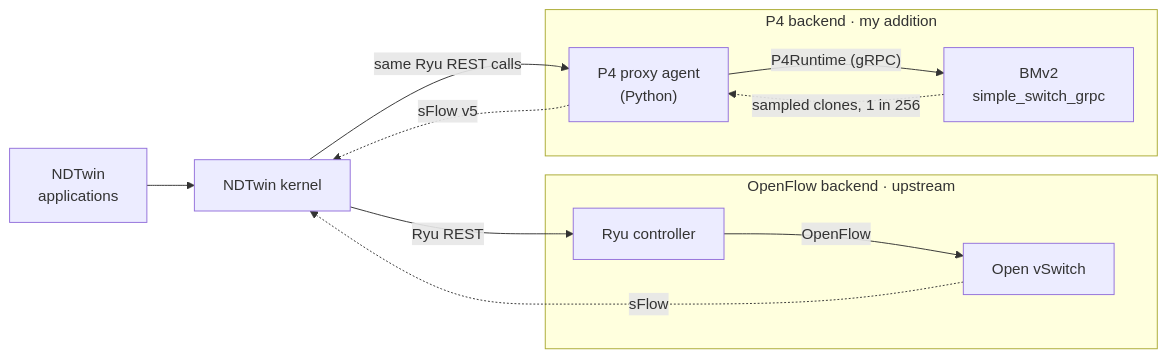
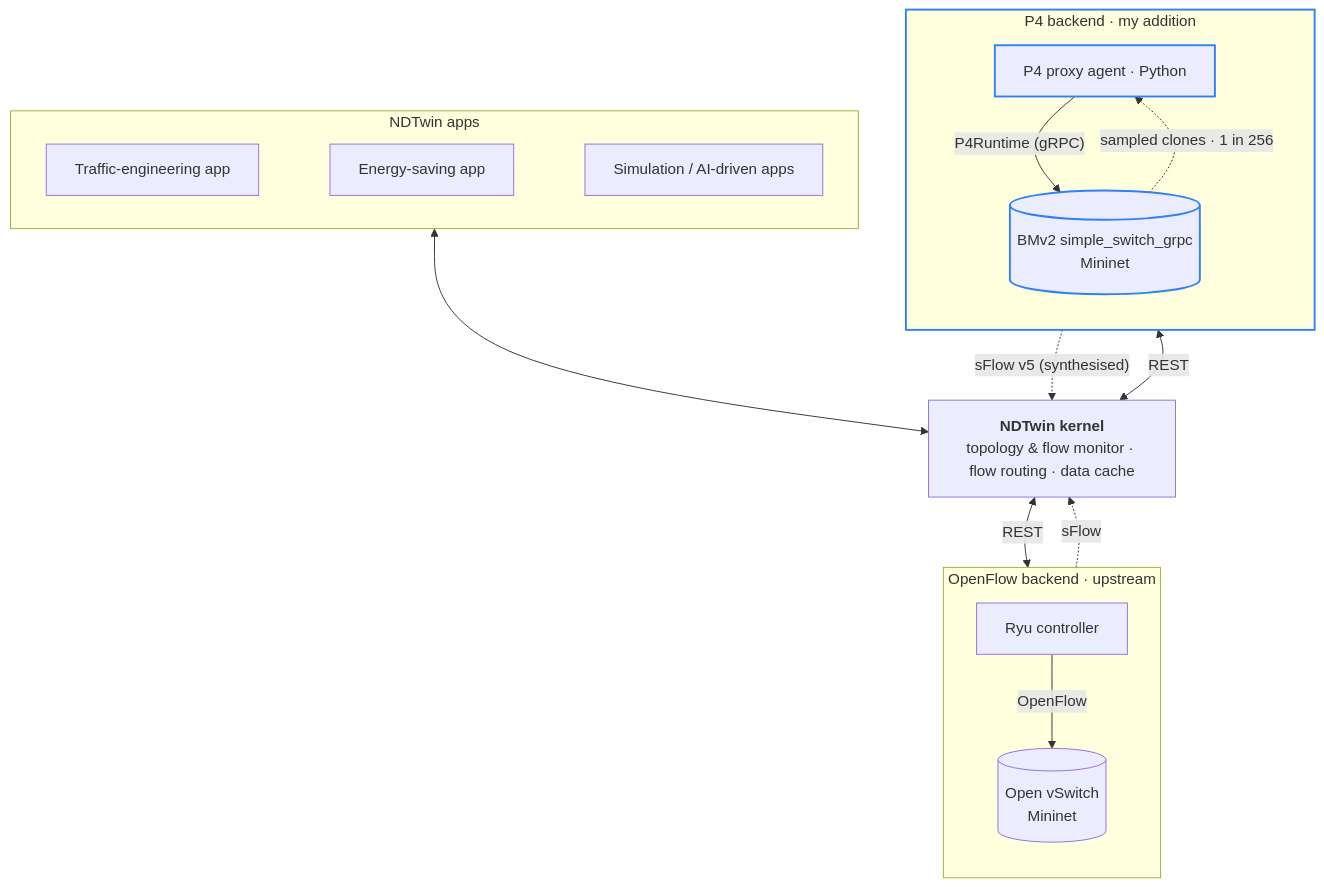
The diagram in README.md (Adam010341/Adam010341), drawn with Mermaid before and after one commit.

Commit message:
Preview: redraw the architecture top-down, layered like the NDTwin figure

````diff
--- a/README.md
+++ b/README.md
@@ -41,18 +41,34 @@
 ```mermaid
-flowchart LR
-    apps["NDTwin<br/>applications"] --> kernel["NDTwin kernel"]
+flowchart TB
+  subgraph apps["NDTwin apps"]
+    direction LR
+    te["Traffic-engineering app"] ~~~ es["Energy-saving app"] ~~~ sim["Simulation / AI-driven apps"]
+  end
 
-    subgraph OF["OpenFlow backend · upstream"]
-        ryu["Ryu controller"] -- "OpenFlow" --> ovs["Open vSwitch"]
-    end
+  kernel["<b>NDTwin kernel</b><br/>topology & flow monitor · flow routing · data cache"]
 
-    subgraph P4["P4 backend · my addition"]
-        proxy["P4 proxy agent<br/>(Python)"] -- "P4Runtime (gRPC)" --> bmv2["BMv2<br/>simple_switch_grpc"]
-        bmv2 -. "sampled clones, 1 in 256" .-> proxy
-    end
+  subgraph ofb["OpenFlow backend · upstream"]
+    direction TB
+    ryu["Ryu controller"]
+    ovs[("Open vSwitch<br/>Mininet")]
+  end
 
-    kernel -- "Ryu REST" --> ryu
-    kernel -- "same Ryu REST calls" --> proxy
-    ovs -. "sFlow" .-> kernel
-    proxy -. "sFlow v5" .-> kernel
+  subgraph p4b["P4 backend · my addition"]
+    direction TB
+    proxy["P4 proxy agent · Python"]
+    bmv2[("BMv2 simple_switch_grpc<br/>Mininet")]
+  end
+
+  apps <--> kernel
+  kernel <-- "REST" --> proxy
+  kernel <-- "REST" --> ryu
+  ryu -- "OpenFlow" --> ovs
+  proxy -- "P4Runtime (gRPC)" --> bmv2
+  ovs -. "sFlow" .-> kernel
+  bmv2 -. "sampled clones · 1 in 256" .-> proxy
+  proxy -. "sFlow v5 (synthesised)" .-> kernel
+
+  classDef mine stroke:#2f81f7,stroke-width:2px
+  class proxy,bmv2 mine
+  style p4b stroke:#2f81f7,stroke-width:2px
 ```
````
